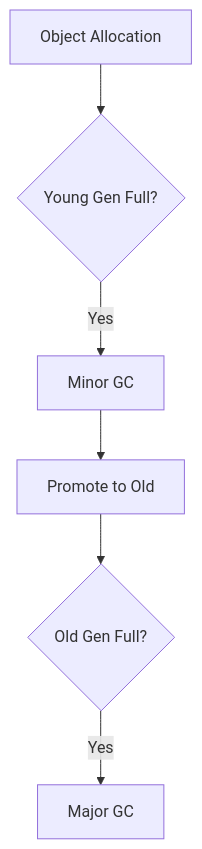
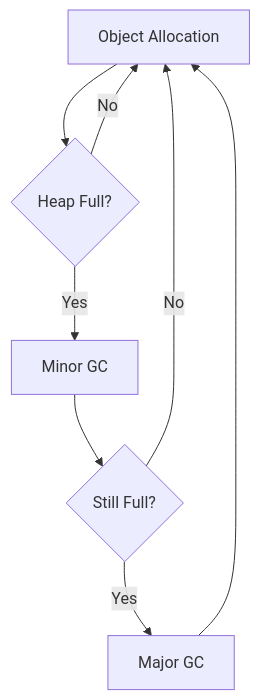
Before and after one commit to VrushankPatel/interview-matters: the diagram in java/garbage-collection-algorithms/README.md, drawn with Mermaid. The commit also changed other lines of this file and 8 other files, not shown here.

````diff
--- a/java/garbage-collection-algorithms/README.md
+++ b/java/garbage-collection-algorithms/README.md
@@ -67,8 +90,10 @@
 ```mermaid
 flowchart TD
-    A[Object Allocation] --> B{Young Gen Full?}
+    A[Object Allocation] --> B{Heap Full?}
+    B -->|No| A
     B -->|Yes| C[Minor GC]
-    C --> D[Promote to Old]
-    D --> E{Old Gen Full?}
-    E -->|Yes| F[Major GC]
+    C --> D{Still Full?}
+    D -->|No| A
+    D -->|Yes| E[Major GC]
+    E --> A
 ```
````
